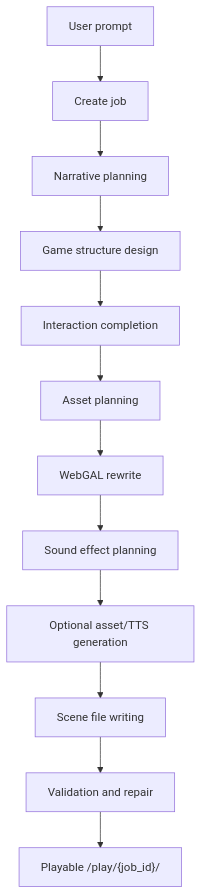
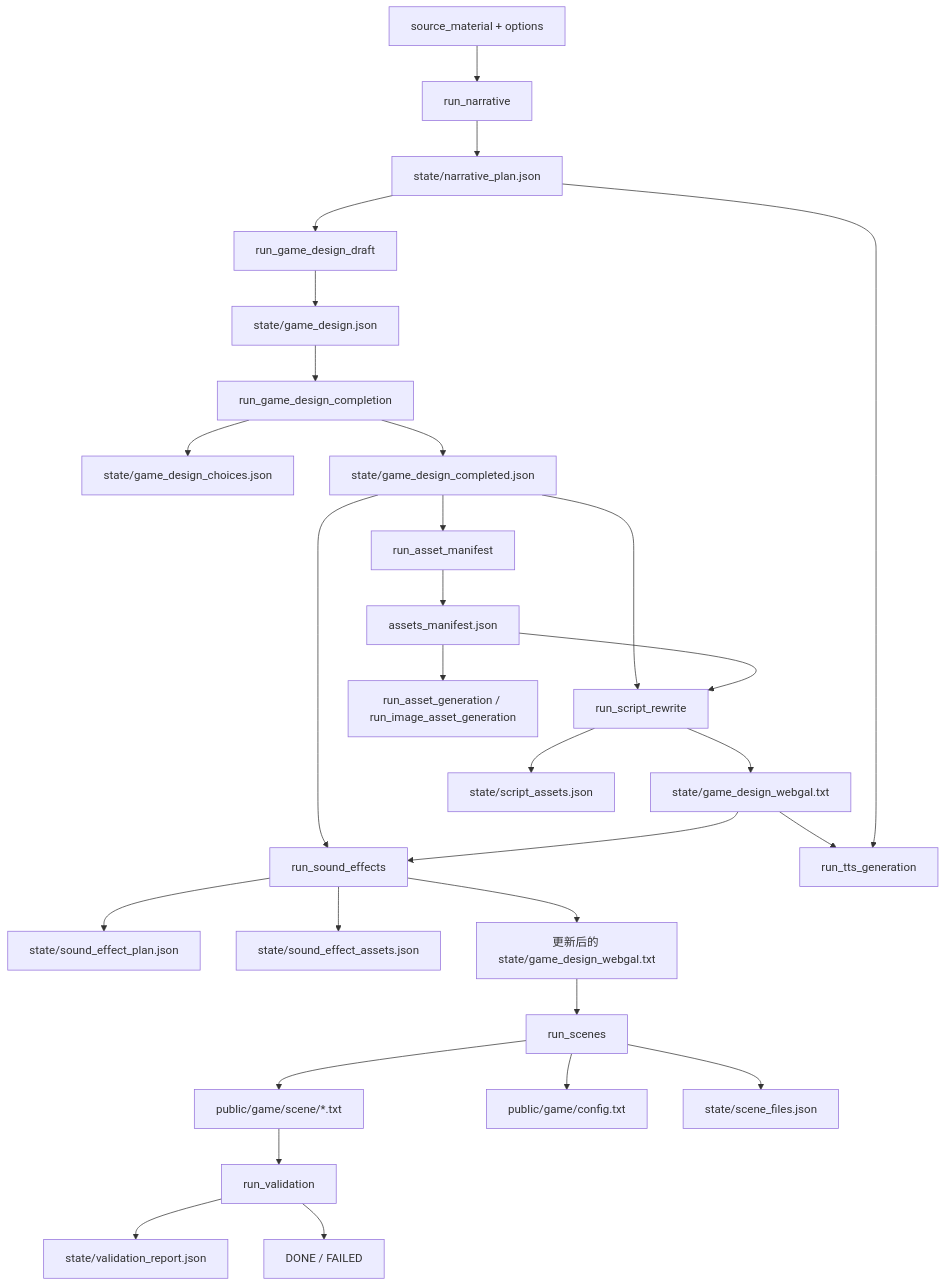
One commit to confusedstardust/engine_skeleton changed the second of 2 diagrams in README.md. Above: the diagram before and after it, drawn with Mermaid. The commit also changed other lines of this file, not shown here.

````diff
--- a/README.md
+++ b/README.md
@@ -56,14 +98,39 @@
 ```mermaid
 flowchart TD
-  A["User prompt"] --> B["Create job"]
-  B --> C["Narrative planning"]
-  C --> E["Game structure design"]
-  E --> F["Interaction completion"]
-  F --> G["Asset planning"]
-  G --> H["WebGAL rewrite"]
-  H --> I["Sound effect planning"]
-  I --> J["Optional asset/TTS generation"]
-  J --> K["Scene file writing"]
-  K --> L["Validation and repair"]
-  L --> M["Playable /play/{job_id}/"]
+  A["source_material + options"] --> B["run_narrative"]
+  B --> B1["state/narrative_plan.json"]
+
+  B1 --> C["run_game_design_draft"]
+  C --> C1["state/game_design.json"]
+
+  C1 --> D["run_game_design_completion"]
+  D --> D1["state/game_design_choices.json"]
+  D --> D2["state/game_design_completed.json"]
+
+  D2 --> E["run_asset_manifest"]
+  E --> E1["assets_manifest.json"]
+
+  D2 --> F["run_script_rewrite"]
+  E1 --> F
+  F --> F1["state/game_design_webgal.txt"]
+  F --> F2["state/script_assets.json"]
+
+  D2 --> G["run_sound_effects"]
+  F1 --> G
+  G --> G1["state/sound_effect_plan.json"]
+  G --> G2["state/sound_effect_assets.json"]
+  G --> G3["更新后的 state/game_design_webgal.txt"]
+
+  E1 --> H["run_asset_generation / run_image_asset_generation"]
+  F1 --> I["run_tts_generation"]
+  B1 --> I
+
+  G3 --> J["run_scenes"]
+  J --> J1["public/game/scene/*.txt"]
+  J --> J2["public/game/config.txt"]
+  J --> J3["state/scene_files.json"]
+
+  J1 --> K["run_validation"]
+  K --> K1["state/validation_report.json"]
+  K --> Z["DONE / FAILED"]
 ```
````
